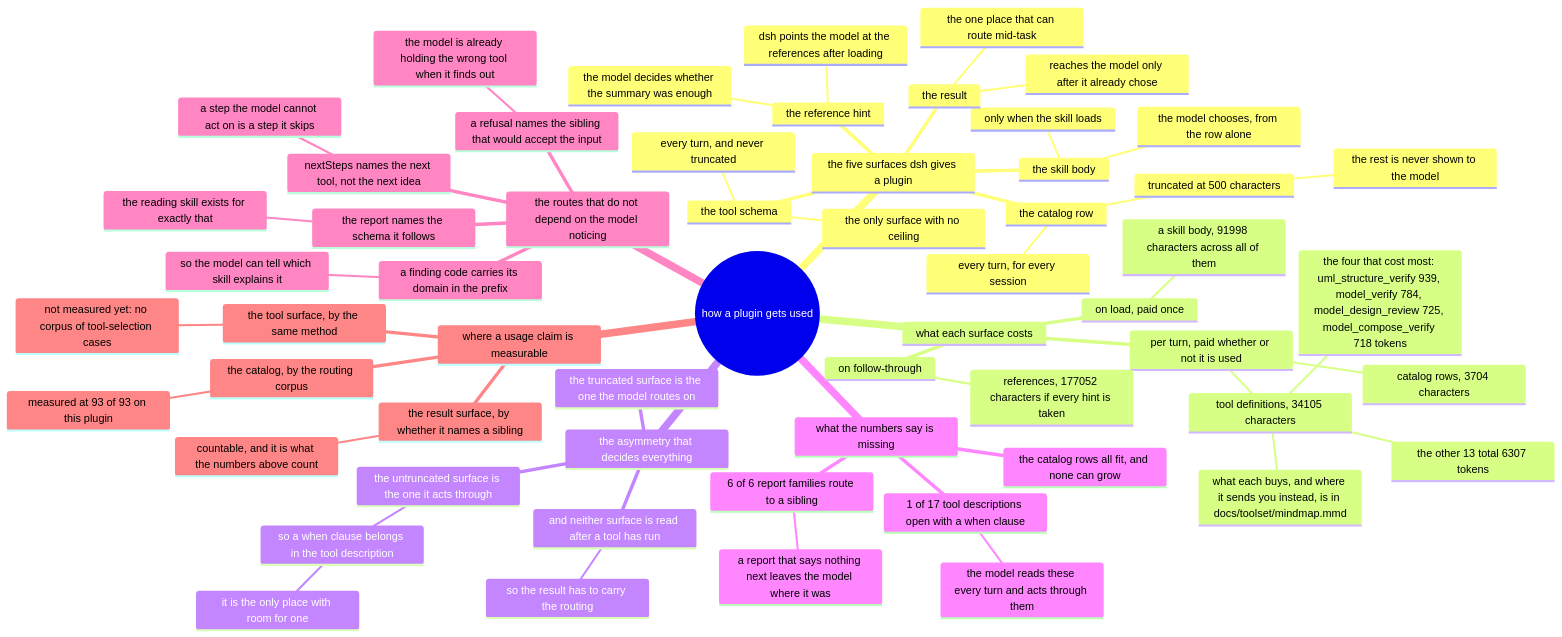
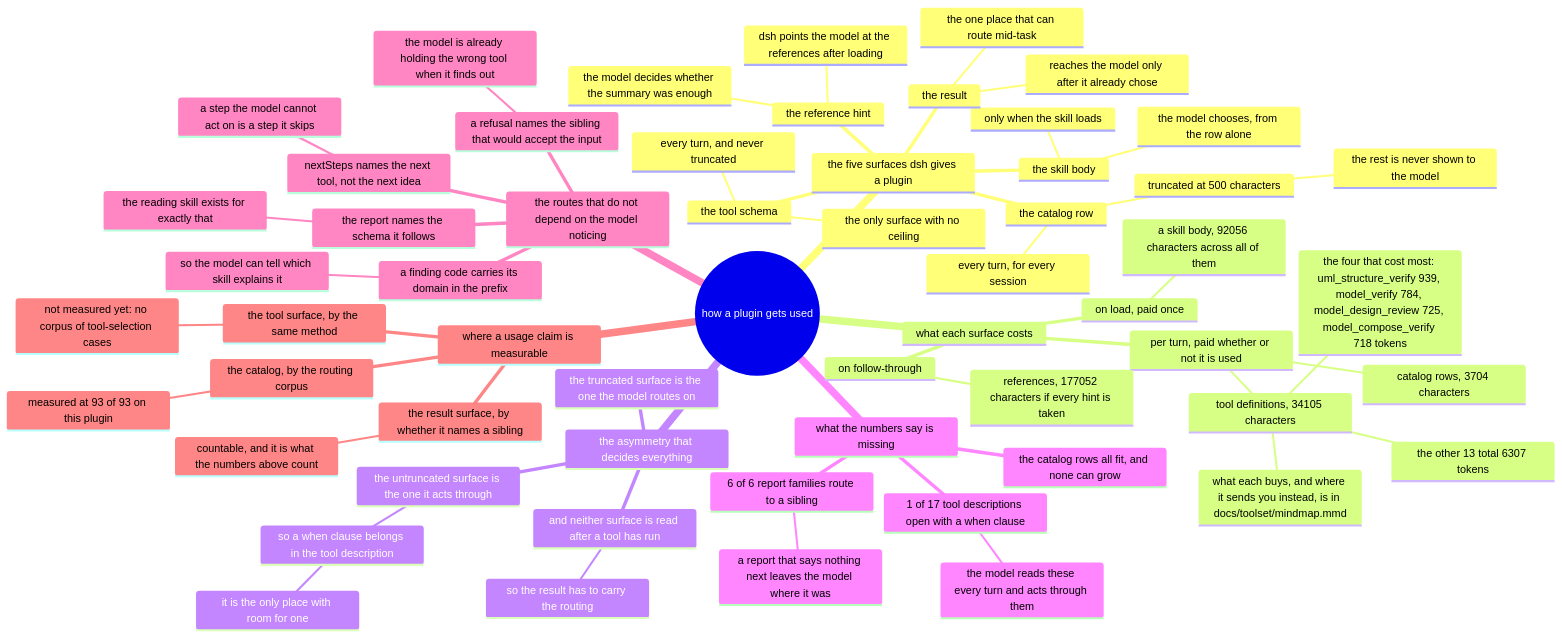
The diagram in docs/usage/mindmap.mmd (AmethystLuna/dsh-model-everything), drawn with Mermaid before and after one commit. The commit also changed 11 other files, not shown here.

First line of the commit message:
fix(render): a note block's lines are its words, not diagram lines

```diff
--- a/docs/usage/mindmap.mmd
+++ b/docs/usage/mindmap.mmd
@@ -1,59 +1,59 @@
 mindmap
 root((how a plugin gets used))
   the five surfaces dsh gives a plugin
     the catalog row
       every turn, for every session
       truncated at 500 characters
         the rest is never shown to the model
     the skill body
       only when the skill loads
       the model chooses, from the row alone
     the reference hint
       dsh points the model at the references after loading
       the model decides whether the summary was enough
     the tool schema
       every turn, and never truncated
       the only surface with no ceiling
     the result
       reaches the model only after it already chose
       the one place that can route mid-task
   what each surface costs
     per turn, paid whether or not it is used
       catalog rows, 3704 characters
       tool definitions, 34105 characters
         the four that cost most: uml_structure_verify 939, model_verify 784, model_design_review 725, model_compose_verify 718 tokens
         the other 13 total 6307 tokens
         what each buys, and where it sends you instead, is in docs/toolset/mindmap.mmd
     on load, paid once
-      a skill body, 91998 characters across all of them
+      a skill body, 92056 characters across all of them
     on follow-through
       references, 177052 characters if every hint is taken
   the asymmetry that decides everything
     the truncated surface is the one the model routes on
     the untruncated surface is the one it acts through
       so a when clause belongs in the tool description
         it is the only place with room for one
     and neither surface is read after a tool has run
       so the result has to carry the routing
   what the numbers say is missing
     1 of 17 tool descriptions open with a when clause
       the model reads these every turn and acts through them
     6 of 6 report families route to a sibling
       a report that says nothing next leaves the model where it was
     the catalog rows all fit, and none can grow
   the routes that do not depend on the model noticing
     a refusal names the sibling that would accept the input
       the model is already holding the wrong tool when it finds out
     nextSteps names the next tool, not the next idea
       a step the model cannot act on is a step it skips
     a finding code carries its domain in the prefix
       so the model can tell which skill explains it
     the report names the schema it follows
       the reading skill exists for exactly that
   where a usage claim is measurable
     the catalog, by the routing corpus
       measured at 93 of 93 on this plugin
     the tool surface, by the same method
       not measured yet: no corpus of tool-selection cases
     the result surface, by whether it names a sibling
       countable, and it is what the numbers above count
```
